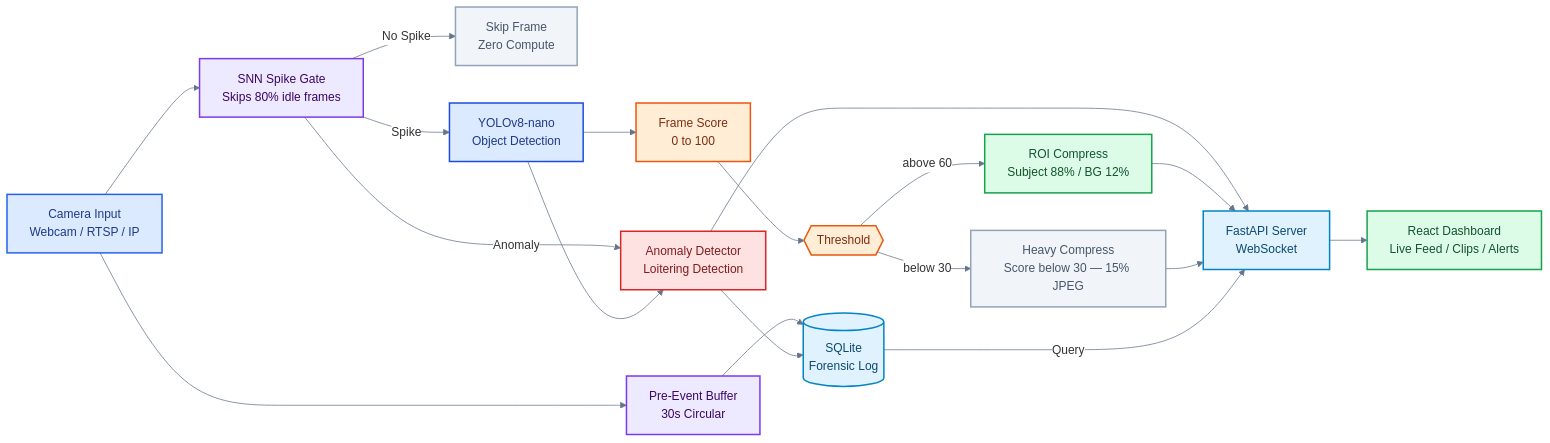
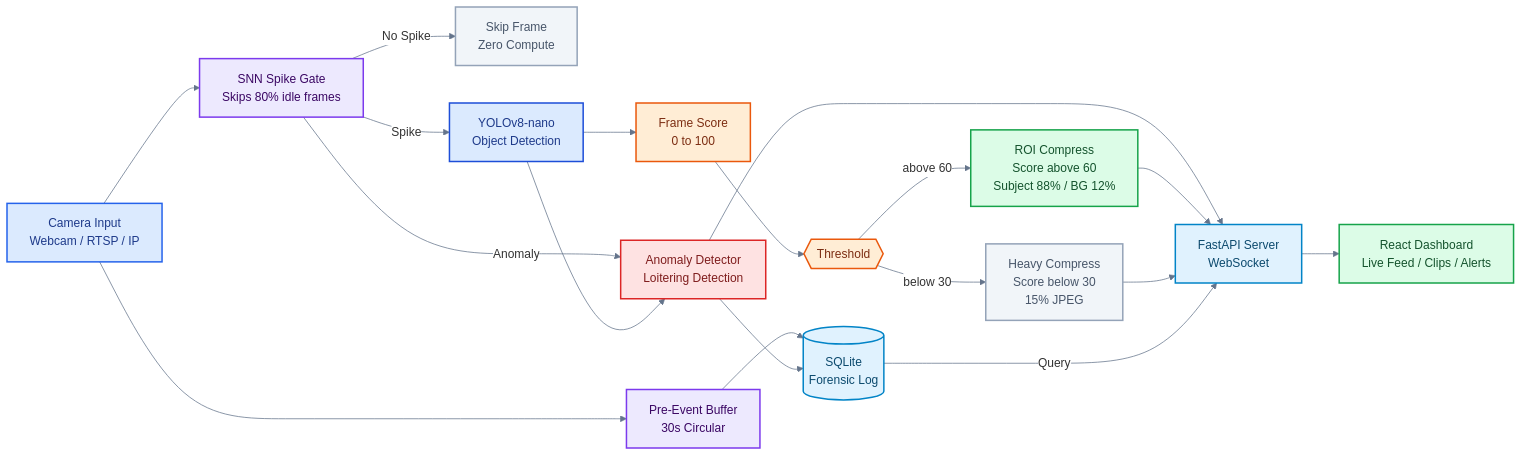
The diagram in README.md (dPurvesh/Team_Spectrum), drawn with Mermaid before and after one commit.

Commit message:
docs: remove subgraph boxes — single flat white canvas flowchart

````diff
--- a/README.md
+++ b/README.md
@@ -34,44 +34,44 @@
 ```mermaid
 %%{init: {'theme': 'base', 'themeVariables': {'background': '#ffffff', 'mainBkg': '#ffffff', 'edgeLabelBackground': '#ffffff', 'lineColor': '#64748b'}}}%%
 flowchart LR
     classDef cam      fill:#dbeafe,stroke:#2563eb,stroke-width:2px,color:#1e3a8a
     classDef snn      fill:#ede9fe,stroke:#7c3aed,stroke-width:2px,color:#3b0764
     classDef yolo     fill:#dbeafe,stroke:#1d4ed8,stroke-width:2px,color:#1e3a8a
     classDef score    fill:#ffedd5,stroke:#ea580c,stroke-width:2px,color:#7c2d12
     classDef skip     fill:#f1f5f9,stroke:#94a3b8,stroke-width:2px,color:#475569
     classDef alert    fill:#fee2e2,stroke:#dc2626,stroke-width:2px,color:#7f1d1d
     classDef compress fill:#dcfce7,stroke:#16a34a,stroke-width:2px,color:#14532d
     classDef infra    fill:#e0f2fe,stroke:#0284c7,stroke-width:2px,color:#0c4a6e
 
     CAM["Camera Input\nWebcam / RTSP / IP"]:::cam
+    PREBUF["Pre-Event Buffer\n30s Circular"]:::snn
     SNN["SNN Spike Gate\nSkips 80% idle frames"]:::snn
     SKIP["Skip Frame\nZero Compute"]:::skip
     YOLO["YOLOv8-nano\nObject Detection"]:::yolo
     ANOM["Anomaly Detector\nLoitering Detection"]:::alert
-    PREBUF["Pre-Event Buffer\n30s Circular"]:::snn
     SCORE["Frame Score\n0 to 100"]:::score
     DEC{{"Threshold"}}:::score
-    HEAVY["Heavy Compress\nScore below 30 — 15% JPEG"]:::skip
-    ROI["ROI Compress\nSubject 88% / BG 12%"]:::compress
+    HEAVY["Heavy Compress\nScore below 30\n15% JPEG"]:::skip
+    ROI["ROI Compress\nScore above 60\nSubject 88% / BG 12%"]:::compress
     DB[("SQLite\nForensic Log")]:::infra
     API["FastAPI Server\nWebSocket"]:::infra
     DASH["React Dashboard\nLive Feed / Clips / Alerts"]:::compress
 
     CAM --> SNN
     CAM --> PREBUF
     SNN -->|"No Spike"| SKIP
     SNN -->|"Spike"| YOLO
     SNN -->|"Anomaly"| ANOM
     YOLO --> ANOM
     YOLO --> SCORE
     SCORE --> DEC
     DEC -->|"below 30"| HEAVY
     DEC -->|"above 60"| ROI
     PREBUF --> DB
     ANOM --> DB
     ANOM --> API
     ROI --> API
     HEAVY --> API
     DB -->|"Query"| API
     API --> DASH
 ```
````
